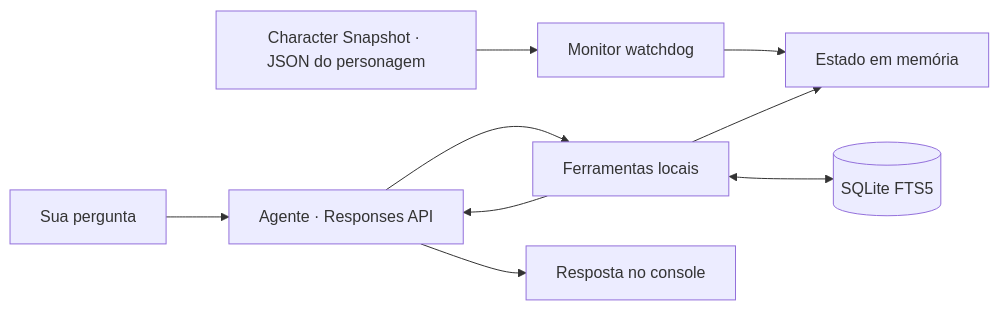
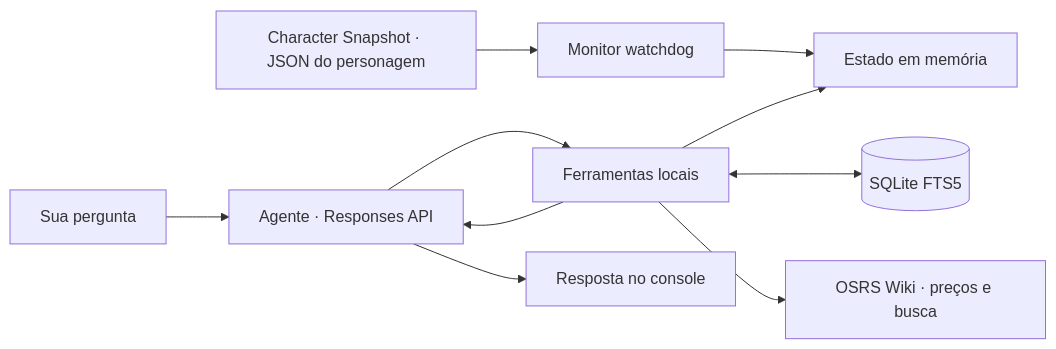
The diagram in README.pt-BR.md (mauricio-castano-dev/osrs-gpt-companion), drawn with Mermaid before and after one commit. The commit also changed other lines of this file and 11 other files, not shown here.

Commit message:
feat: add granular state queries and OSRS Wiki tools

````diff
--- a/README.pt-BR.md
+++ b/README.pt-BR.md
@@ -105,11 +109,12 @@
 ```mermaid
 flowchart LR
     R[Character Snapshot · JSON do personagem] --> W[Monitor watchdog]
     W --> C[Estado em memória]
     U[Sua pergunta] --> A[Agente · Responses API]
     A --> T[Ferramentas locais]
     T --> C
     T <--> M[(SQLite FTS5)]
+    T --> E[OSRS Wiki · preços e busca]
     T --> A
     A --> F[Resposta no console]
 ```
````
